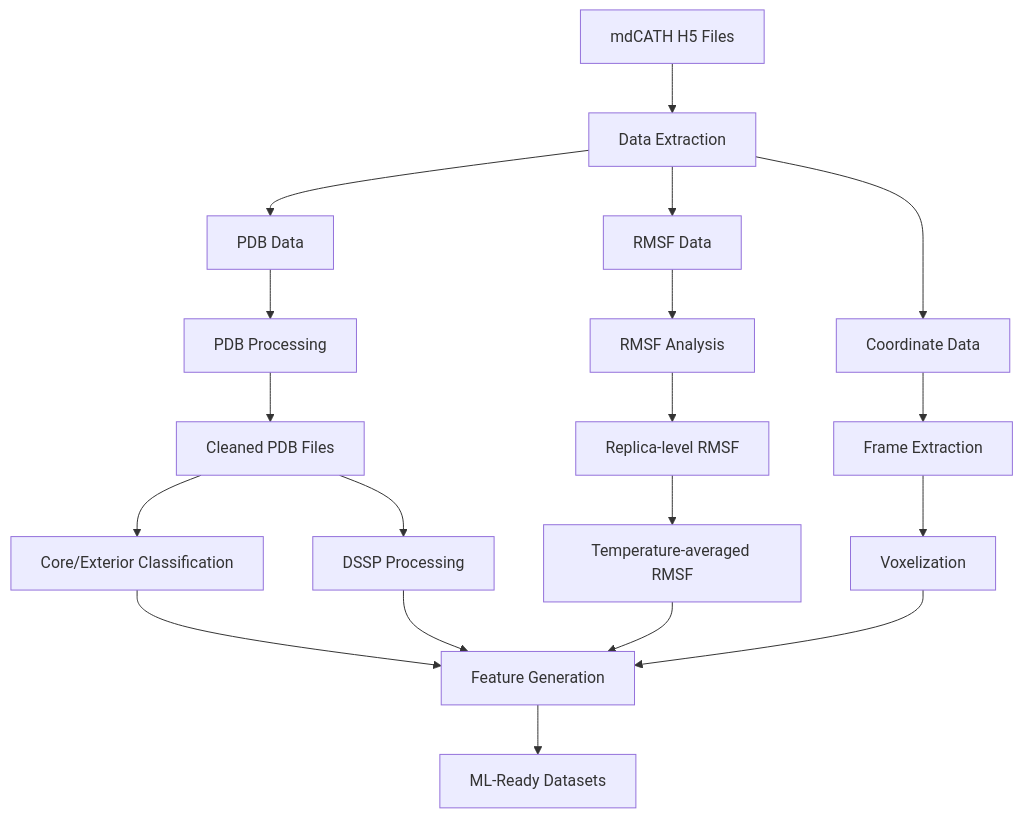
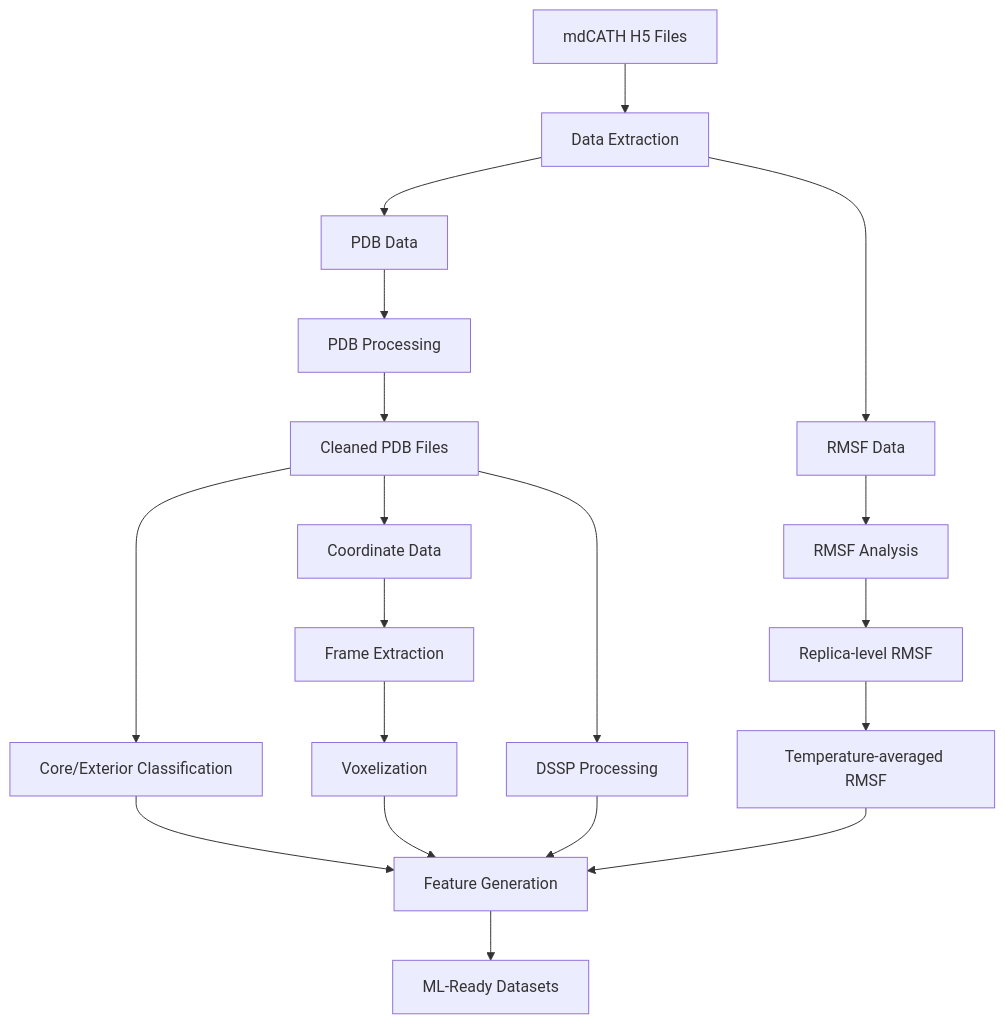
Before and after one commit to Felixburton7/mdcath-processor: the diagram in README.md, drawn with Mermaid.

````diff
--- a/README.md
+++ b/README.md
@@ -168,26 +168,26 @@
 ```mermaid
 graph TD
     A[mdCATH H5 Files] --> B[Data Extraction]
     B --> C1[PDB Data]
     B --> C2[RMSF Data]
-    B --> C4[Coordinate Data]
     
     C1 --> D1[PDB Processing]
     D1 --> E1[Cleaned PDB Files]
     E1 --> F1[Core/Exterior Classification]
+    E1 --> C4[Coordinate Data]
     E1 --> D3[DSSP Processing]
     
     C2 --> D2[RMSF Analysis]
     D2 --> E2[Replica-level RMSF]
     E2 --> F3[Temperature-averaged RMSF]
     
     C4 --> F2[Frame Extraction]
     
     F1 --> G[Feature Generation]
     F2 --> H[Voxelization]
     F3 --> G
     D3 --> G
     
     H --> G
     G --> I[ML-Ready Datasets]
 ```
````
